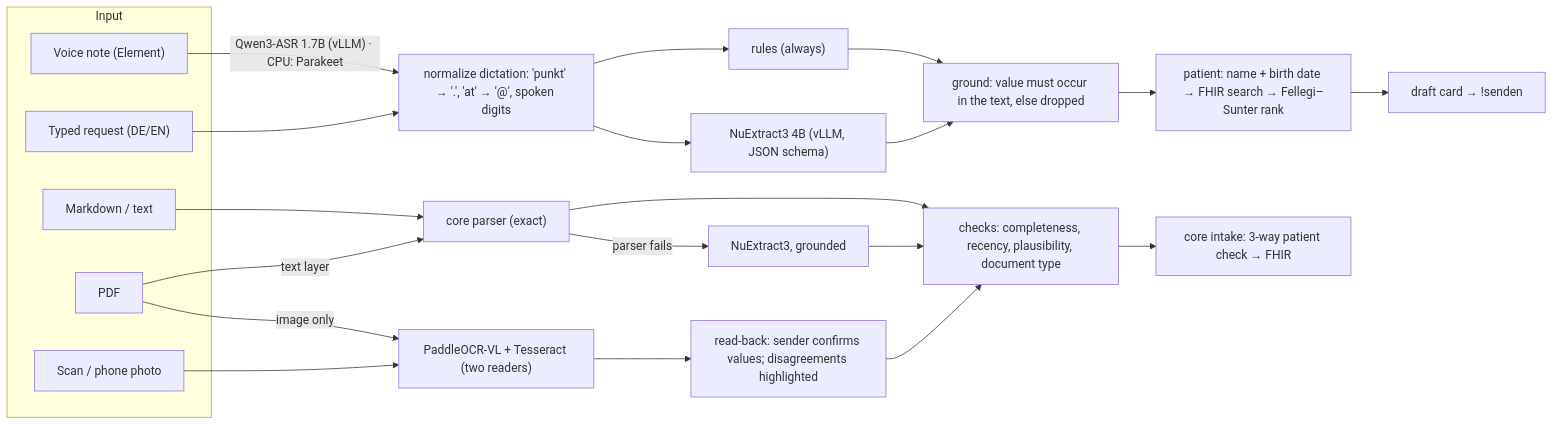
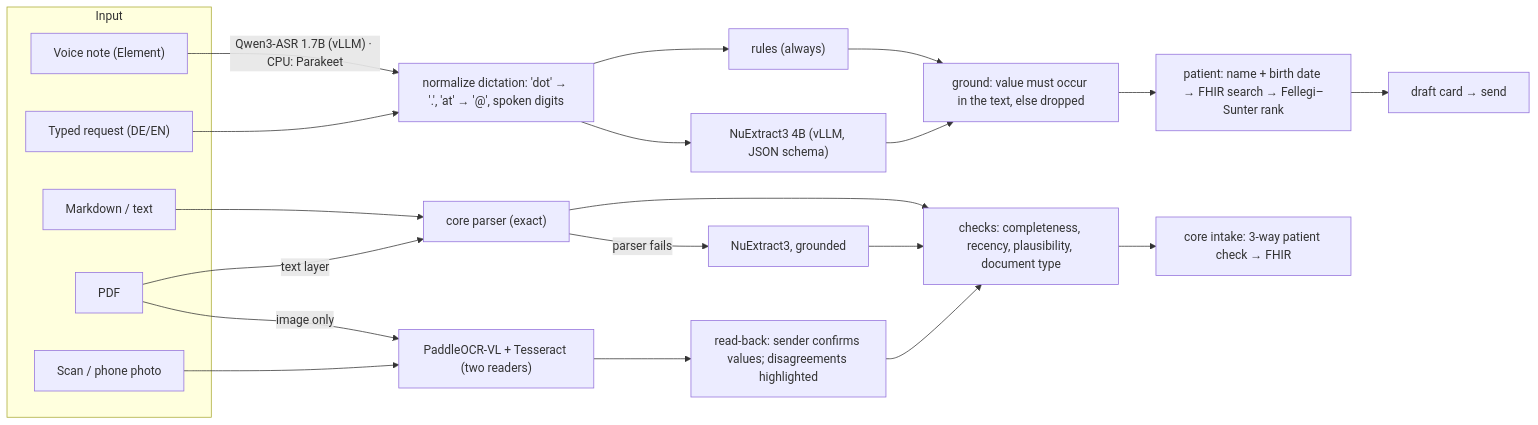
Before and after one commit to BlackDragdroit/Clinical_AI_Hackathon: the second of 4 diagrams in README.md, drawn with Mermaid. The commit also changed other lines of this file and 17 other files, not shown here.

````diff
--- a/README.md
+++ b/README.md
@@ -123,24 +236,24 @@
 ```mermaid
 flowchart LR
   subgraph IN[Input]
     T["Typed request (DE/EN)"]
     V["Voice note (Element)"]
     MD["Markdown / text"]
     PDF["PDF"]
     IMG["Scan / phone photo"]
   end
   V -->|"Qwen3-ASR 1.7B (vLLM) · CPU: Parakeet"| N
-  T --> N["normalize dictation: 'punkt' → '.', 'at' → '@', spoken digits"]
+  T --> N["normalize dictation: 'dot' → '.', 'at' → '@', spoken digits"]
   N --> R["rules (always)"] & L["NuExtract3 4B (vLLM, JSON schema)"]
   R & L --> G["ground: value must occur in the text, else dropped"]
   G --> P["patient: name + birth date → FHIR search → Fellegi–Sunter rank"]
-  P --> CARD["draft card → !senden"]
+  P --> CARD["draft card → send"]
   MD --> CP["core parser (exact)"]
   PDF -->|"text layer"| CP
   PDF -->|"image only"| O
   IMG --> O["PaddleOCR-VL + Tesseract (two readers)"]
   CP -->|"parser fails"| L2["NuExtract3, grounded"]
   O --> RB["read-back: sender confirms values; disagreements highlighted"]
   CP & L2 & RB --> CK["checks: completeness, recency, plausibility, document type"]
   CK --> INTAKE["core intake: 3-way patient check → FHIR"]
 ```
````
